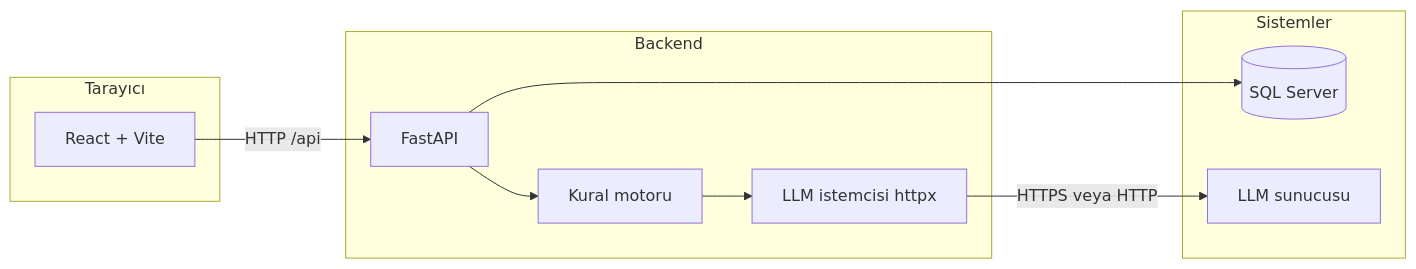
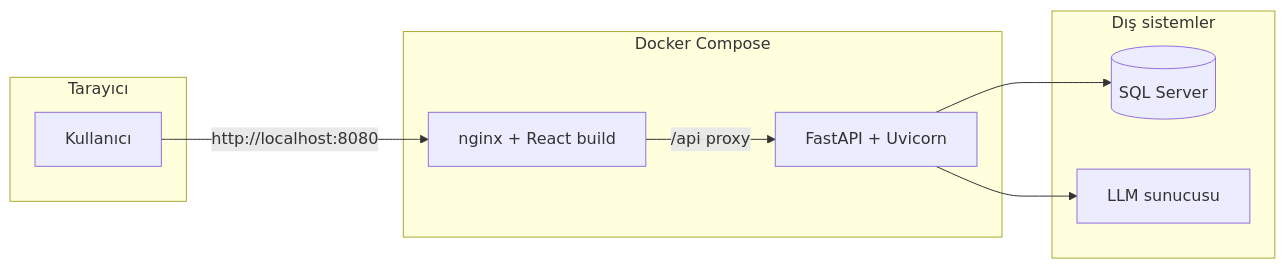
Before and after one commit to Aratha/DWHCodeReview: the diagram in README.md, drawn with Mermaid. The commit also changed other lines of this file and 10 other files, not shown here.

First line of the commit message:
refactor: make Docker Compose the only supported runtime

````diff
--- a/README.md
+++ b/README.md
@@ -41,20 +41,18 @@
 ```mermaid
 flowchart LR
+  subgraph docker [Docker Compose]
+    WEB[nginx + React build]
+    API[FastAPI + Uvicorn]
+  end
   subgraph client [Tarayıcı]
-    UI[React + Vite]
+    UI[Kullanıcı]
   end
-  subgraph backend [Backend]
-    API[FastAPI]
-    Rules[Kural motoru]
-    LLM[LLM istemcisi httpx]
-  end
-  subgraph data [Sistemler]
+  subgraph data [Dış sistemler]
     MSSQL[(SQL Server)]
     LM[LLM sunucusu]
   end
-  UI -->|HTTP /api| API
+  UI -->|http://localhost:8080| WEB
+  WEB -->|/api proxy| API
   API --> MSSQL
-  API --> Rules
-  Rules --> LLM
-  LLM -->|HTTPS veya HTTP| LM
+  API --> LM
 ```
````
